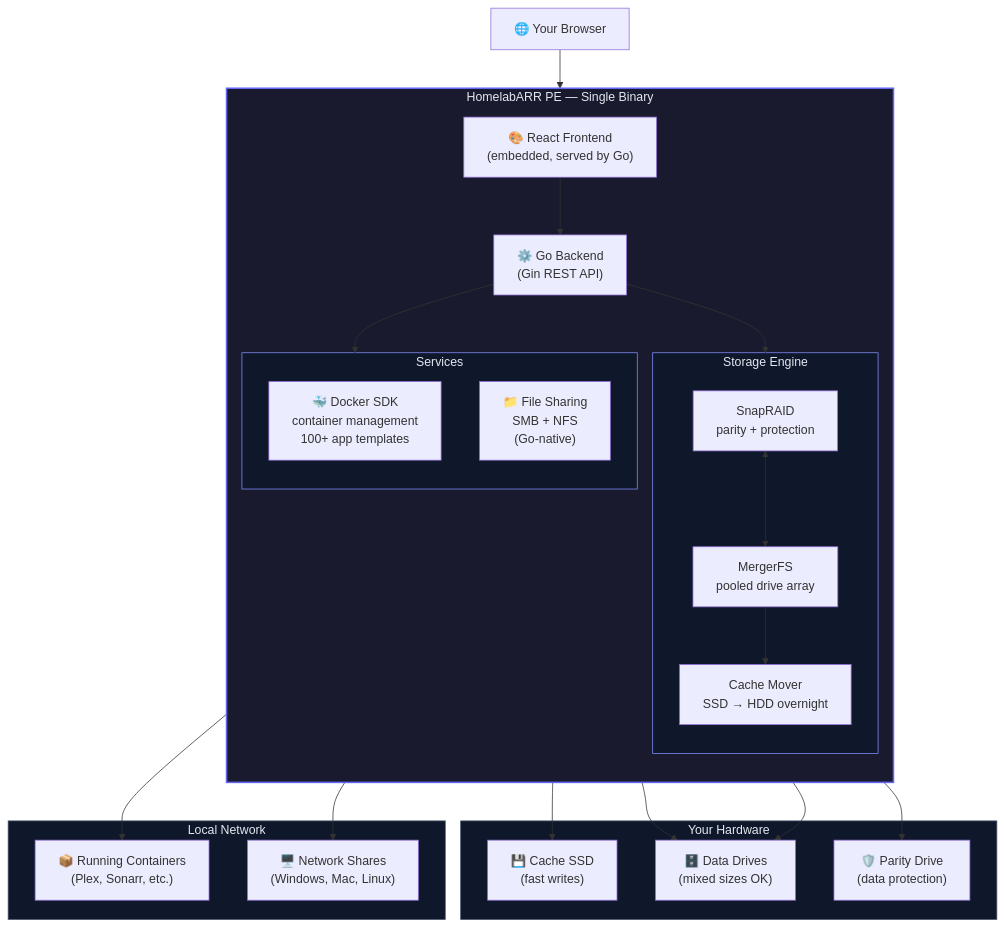
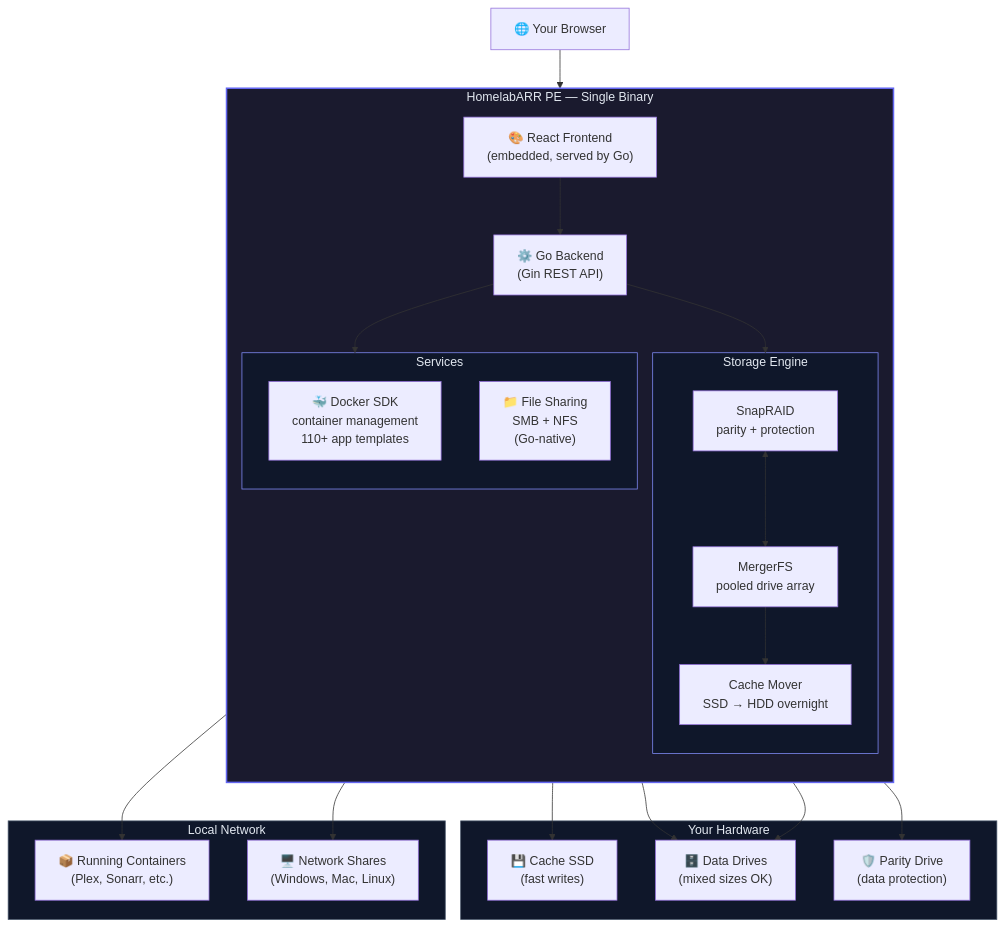
One commit to smashingtags/homelabarr-ce changed the diagram in wiki/docs/pe/overview.md. Above: the diagram before and after it, drawn with Mermaid. The commit also changed other lines of this file and 8 other files, not shown here.

````diff
--- a/wiki/docs/pe/overview.md
+++ b/wiki/docs/pe/overview.md
@@ -55,52 +55,52 @@
 ```mermaid
 graph TD
     Browser["🌐 Your Browser"]
 
     subgraph Binary["HomelabARR PE — Single Binary"]
         direction TB
         FE["🎨 React Frontend<br/>(embedded, served by Go)"]
         API["⚙️ Go Backend<br/>(Gin REST API)"]
 
         subgraph Storage["Storage Engine"]
             SR["SnapRAID<br/>parity + protection"]
             MFS["MergerFS<br/>pooled drive array"]
             CM["Cache Mover<br/>SSD → HDD overnight"]
         end
 
         subgraph Services["Services"]
-            Docker["🐳 Docker SDK<br/>container management<br/>100+ app templates"]
+            Docker["🐳 Docker SDK<br/>container management<br/>110+ app templates"]
             FS["📁 File Sharing<br/>SMB + NFS<br/>(Go-native)"]
         end
 
         FE --> API
         API --> Storage
         API --> Services
         SR <--> MFS
         MFS --> CM
     end
 
     subgraph Hardware["Your Hardware"]
         SSD["💾 Cache SSD<br/>(fast writes)"]
         HDD["🗄️ Data Drives<br/>(mixed sizes OK)"]
         Parity["🛡️ Parity Drive<br/>(data protection)"]
     end
 
     subgraph Network["Local Network"]
         Containers["📦 Running Containers<br/>(Plex, Sonarr, etc.)"]
         Shares["🖥️ Network Shares<br/>(Windows, Mac, Linux)"]
     end
 
     Browser --> FE
     CM --> SSD
     CM --> HDD
     MFS --> HDD
     SR --> Parity
     Docker --> Containers
     FS --> Shares
 
     style Binary fill:#1a1a2e,stroke:#6366f1,stroke-width:2px,color:#e2e8f0
     style Storage fill:#0f172a,stroke:#818cf8,stroke-width:1px,color:#e2e8f0
     style Services fill:#0f172a,stroke:#818cf8,stroke-width:1px,color:#e2e8f0
     style Hardware fill:#0f172a,stroke:#475569,stroke-width:1px,color:#e2e8f0
     style Network fill:#0f172a,stroke:#475569,stroke-width:1px,color:#e2e8f0
 ```
````
